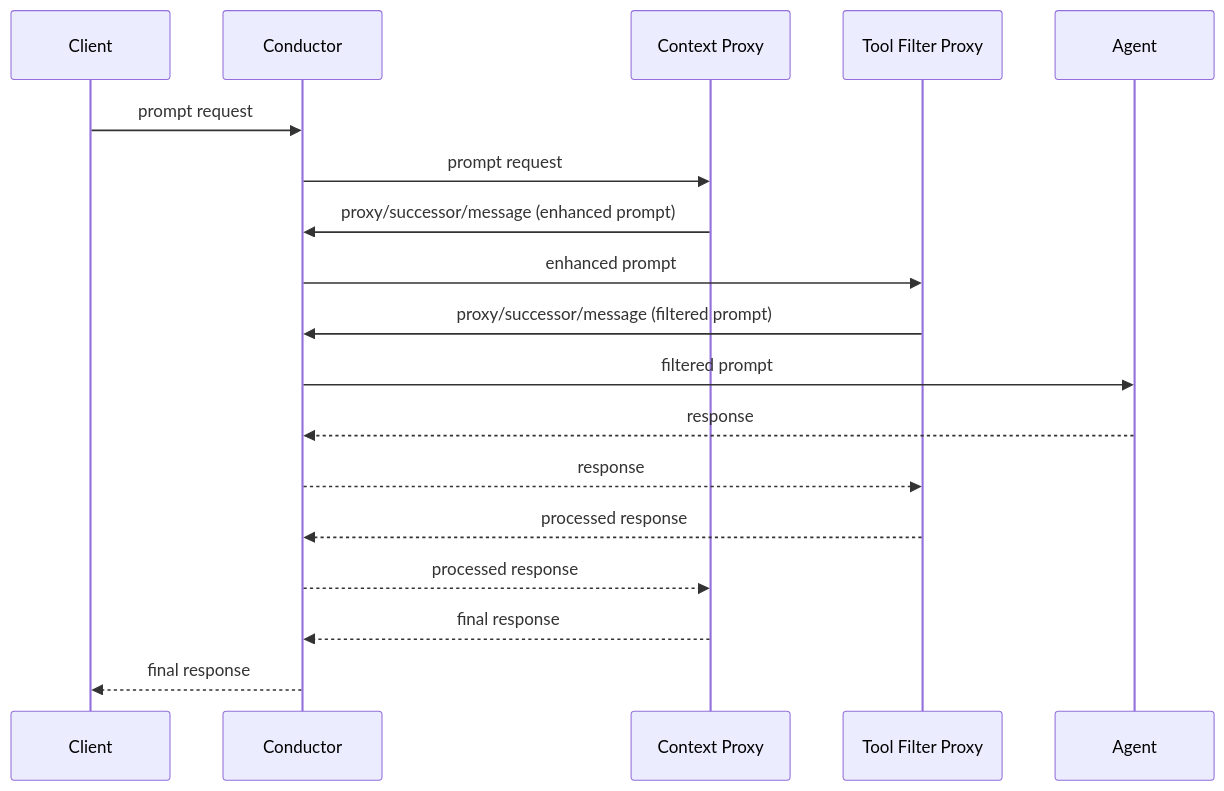
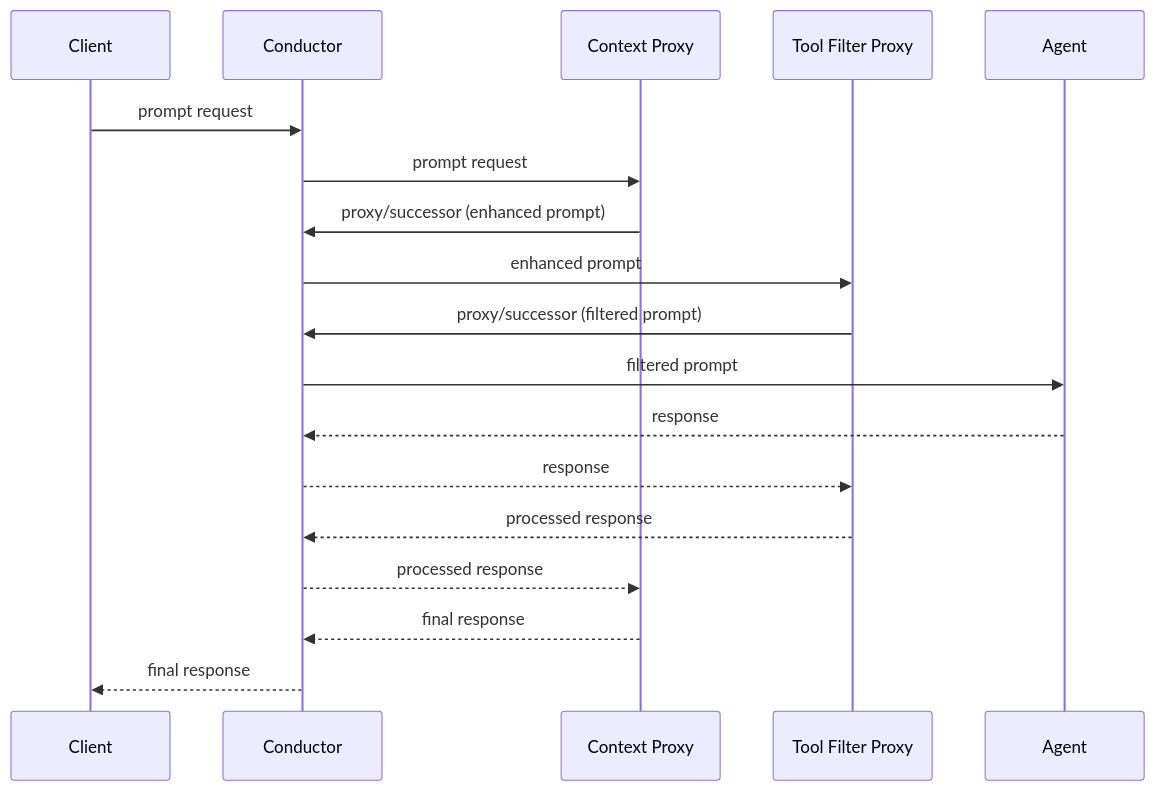
One commit to agentclientprotocol/agent-client-protocol changed the fourth of 9 diagrams in docs/rfds/proxy-chains.mdx. Above: the diagram before and after it, drawn with Mermaid. The commit also changed other lines of this file, not shown here.

First line of the commit message:
Update proxy-chains RFD based on PR review feedback

````diff
--- a/docs/rfds/proxy-chains.mdx
+++ b/docs/rfds/proxy-chains.mdx
@@ -127,21 +126,21 @@
 ```mermaid
 sequenceDiagram
     participant Client
     participant Conductor
     participant P1 as Context Proxy
     participant P2 as Tool Filter Proxy
     participant Agent
 
     Client->>Conductor: prompt request
     Conductor->>P1: prompt request
-    P1->>Conductor: proxy/successor/message (enhanced prompt)
+    P1->>Conductor: proxy/successor (enhanced prompt)
     Conductor->>P2: enhanced prompt
-    P2->>Conductor: proxy/successor/message (filtered prompt)
+    P2->>Conductor: proxy/successor (filtered prompt)
     Conductor->>Agent: filtered prompt
     Agent-->>Conductor: response
     Conductor-->>P2: response
     P2-->>Conductor: processed response
     Conductor-->>P1: processed response
     P1-->>Conductor: final response
     Conductor-->>Client: final response
 ```
````
